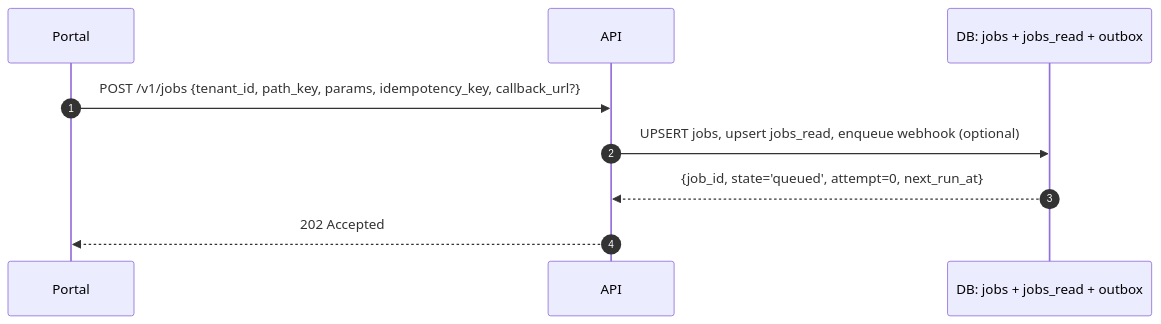
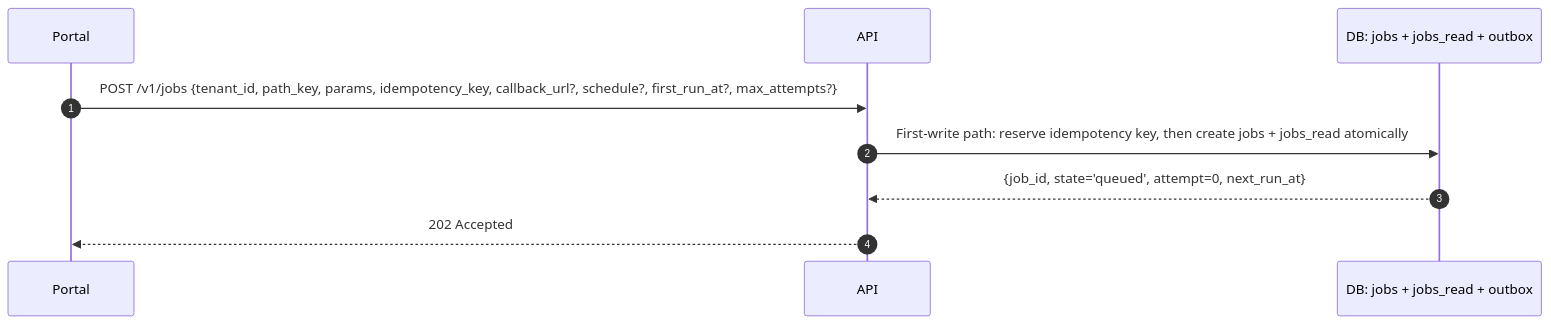
One commit to gatblau/release-engine changed the first of 4 diagrams in docs/design/d05.md. Above: the diagram before and after it, drawn with Mermaid. The commit also changed other lines of this file and 26 other files, not shown here.

Commit message:
add ability to schedule jobs on a recurrent basis

````diff
--- a/docs/design/d05.md
+++ b/docs/design/d05.md
@@ -9,12 +9,12 @@
 ```mermaid
 sequenceDiagram
   autonumber
   participant Portal
   participant API as API
   participant DB as DB: jobs + jobs_read + outbox
 
-  Portal->>API: POST /v1/jobs {tenant_id, path_key, params, idempotency_key, callback_url?}
-  API->>DB: UPSERT jobs, upsert jobs_read, enqueue webhook (optional)
+  Portal->>API: POST /v1/jobs {tenant_id, path_key, params, idempotency_key, callback_url?, schedule?, first_run_at?, max_attempts?}
+  API->>DB: First-write path: reserve idempotency key, then create jobs + jobs_read atomically
   DB-->>API: {job_id, state='queued', attempt=0, next_run_at}
   API-->>Portal: 202 Accepted
 ```
````
